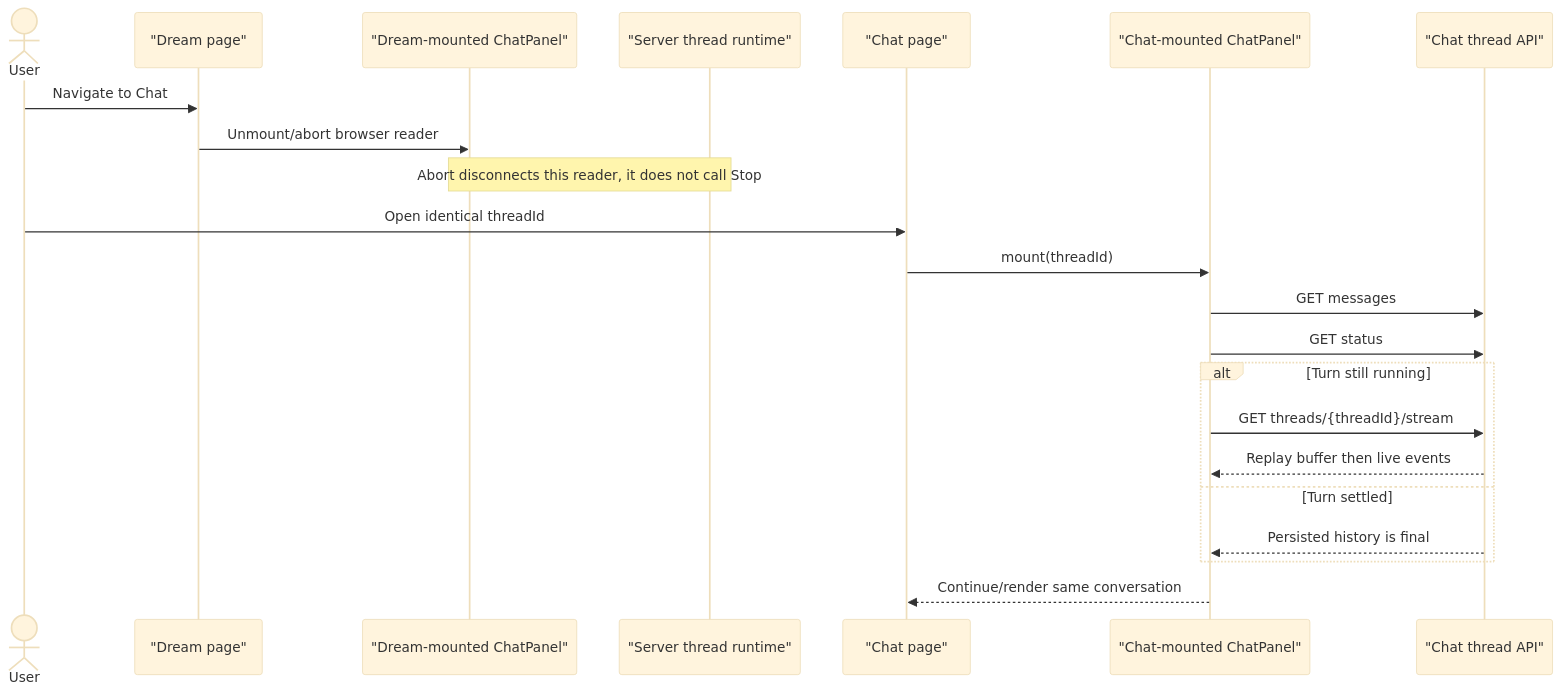
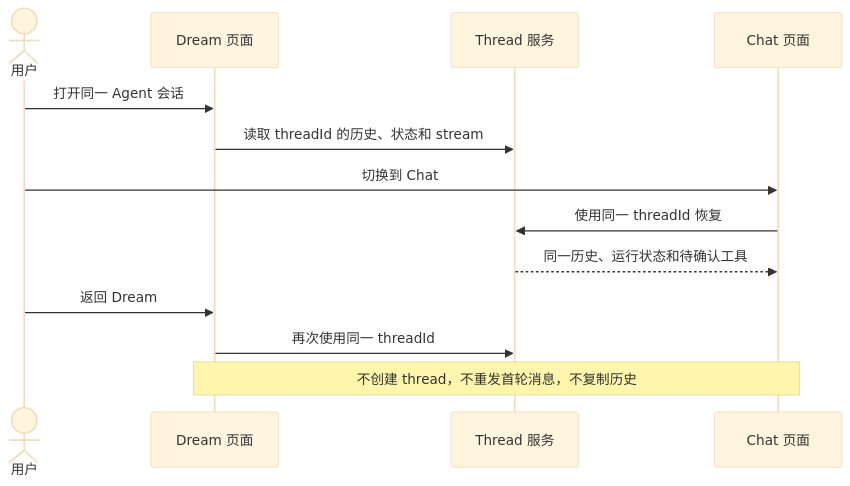
Before and after one commit to glide-the/im-dream: the second of 10 diagrams in docs/design/dream-agent/interaction-design.md, drawn with Mermaid (base theme). The commit also changed other lines of this file and 99 other files, not shown here.

````diff
--- a/docs/design/dream-agent/interaction-design.md
+++ b/docs/design/dream-agent/interaction-design.md
@@ -114,25 +46,15 @@
 ```mermaid
 sequenceDiagram
-    actor User
-    participant Dream as "Dream page"
-    participant CtrlD as "Dream-mounted ChatPanel"
-    participant Runtime as "Server thread runtime"
-    participant Chat as "Chat page"
-    participant CtrlC as "Chat-mounted ChatPanel"
-    participant API as "Chat thread API"
-
-    User->>Dream: Navigate to Chat
-    Dream->>CtrlD: Unmount/abort browser reader
-    Note over CtrlD,Runtime: Abort disconnects this reader, it does not call Stop
-    User->>Chat: Open identical threadId
-    Chat->>CtrlC: mount(threadId)
-    CtrlC->>API: GET messages
-    CtrlC->>API: GET status
-    alt Turn still running
-        CtrlC->>API: GET threads/{threadId}/stream
-        API-->>CtrlC: Replay buffer then live events
-    else Turn settled
-        API-->>CtrlC: Persisted history is final
-    end
-    CtrlC-->>Chat: Continue/render same conversation
+    actor U as 用户
+    participant D as Dream 页面
+    participant T as Thread 服务
+    participant C as Chat 页面
+    U->>D: 打开同一 Agent 会话
+    D->>T: 读取 threadId 的历史、状态和 stream
+    U->>C: 切换到 Chat
+    C->>T: 使用同一 threadId 恢复
+    T-->>C: 同一历史、运行状态和待确认工具
+    U->>D: 返回 Dream
+    D->>T: 再次使用同一 threadId
+    Note over D,C: 不创建 thread，不重发首轮消息，不复制历史
 ```
````
